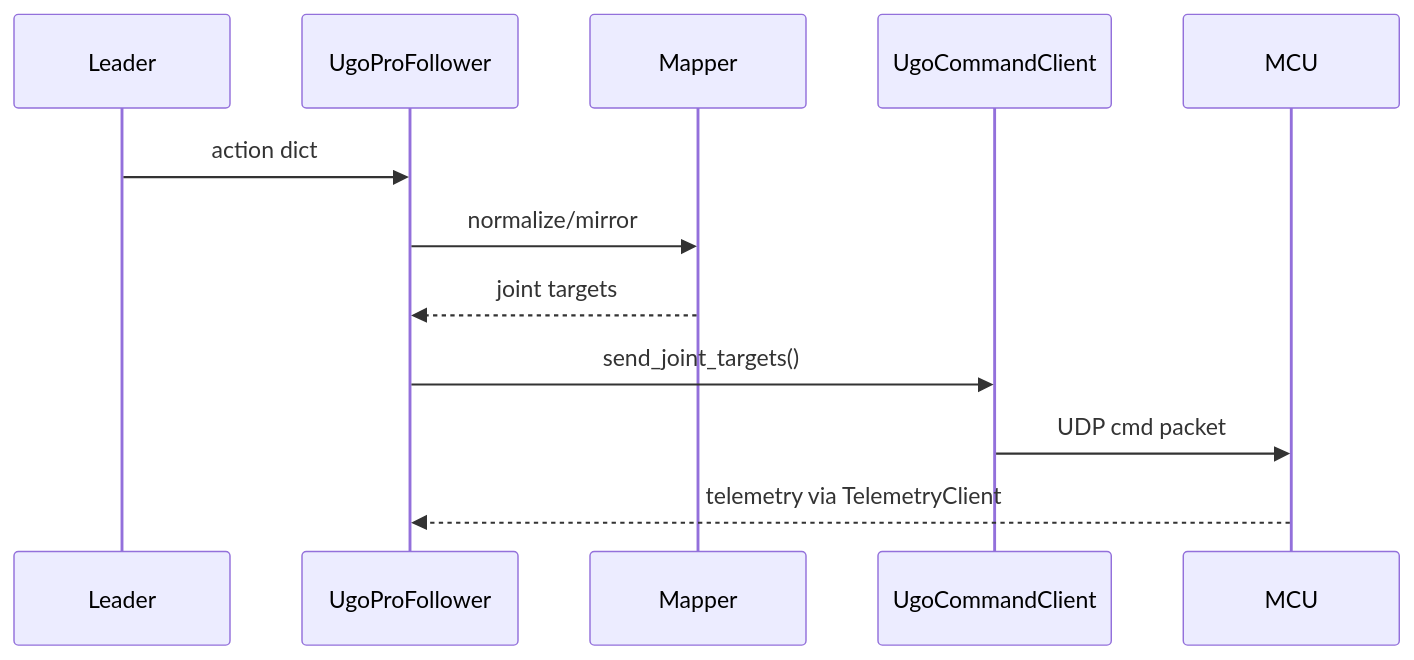
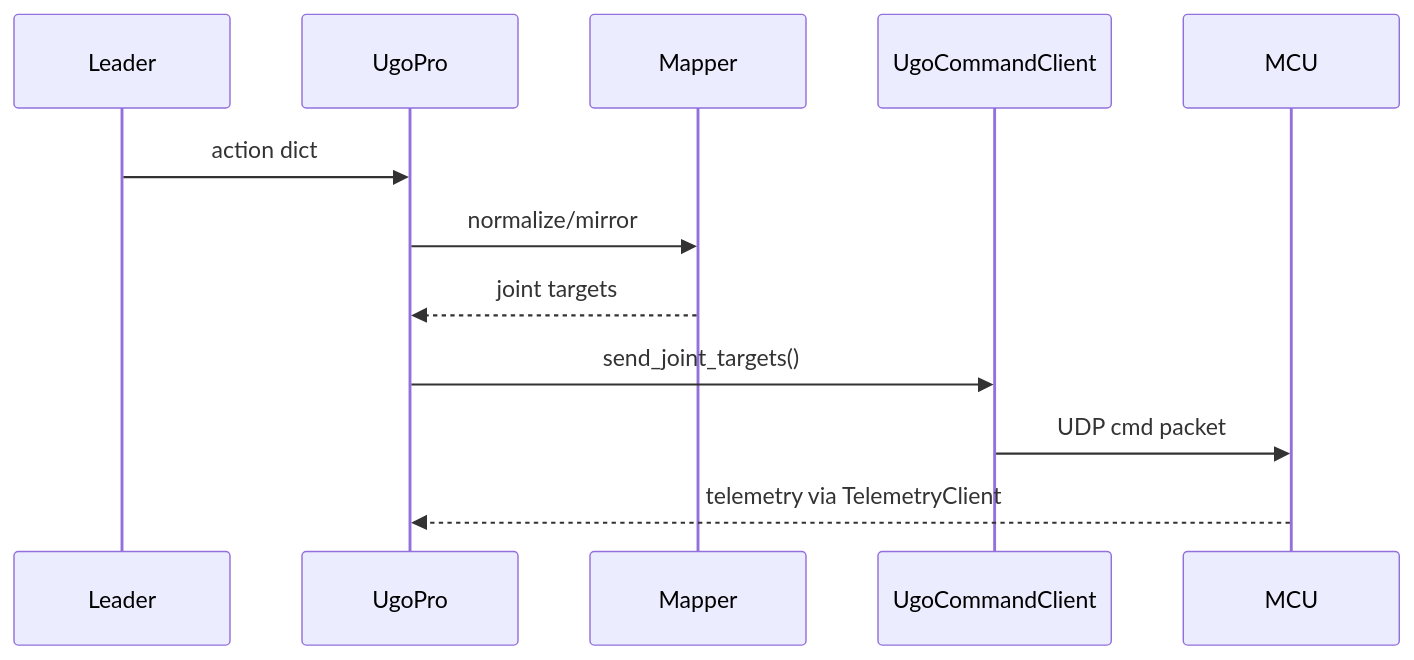
The ninth of 16 diagrams in docs/lerobot_ugo_pro_design.md (ugo-plus/lerobot-robot-ugo-pro), drawn with Mermaid before and after one commit. The commit also changed other lines of this file and 12 other files, not shown here.

````diff
--- a/docs/lerobot_ugo_pro_design.md
+++ b/docs/lerobot_ugo_pro_design.md
@@ -269,14 +265,14 @@
 ```mermaid
 sequenceDiagram
     participant Leader
-    participant Follower as UgoProFollower
+    participant Follower as UgoPro
     participant Mapper
     participant Command as UgoCommandClient
     participant MCU
     Leader->>Follower: action dict
     Follower->>Mapper: normalize/mirror
     Mapper-->>Follower: joint targets
     Follower->>Command: send_joint_targets()
     Command->>MCU: UDP cmd packet
     MCU-->>Follower: telemetry via TelemetryClient
 ```
````
